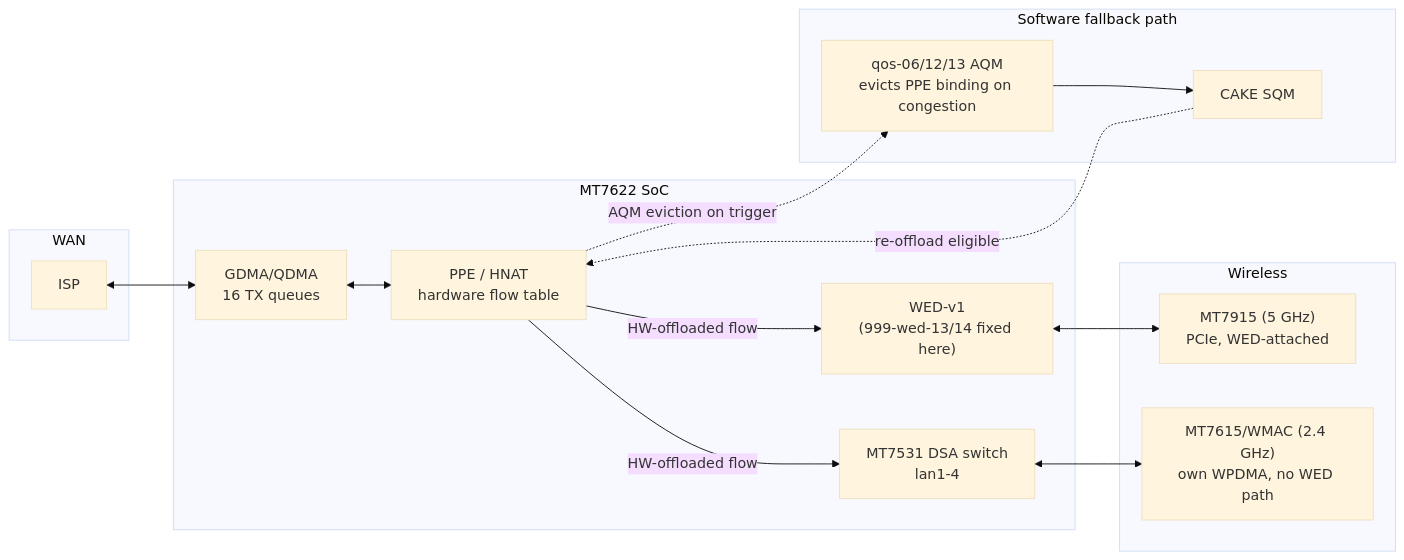
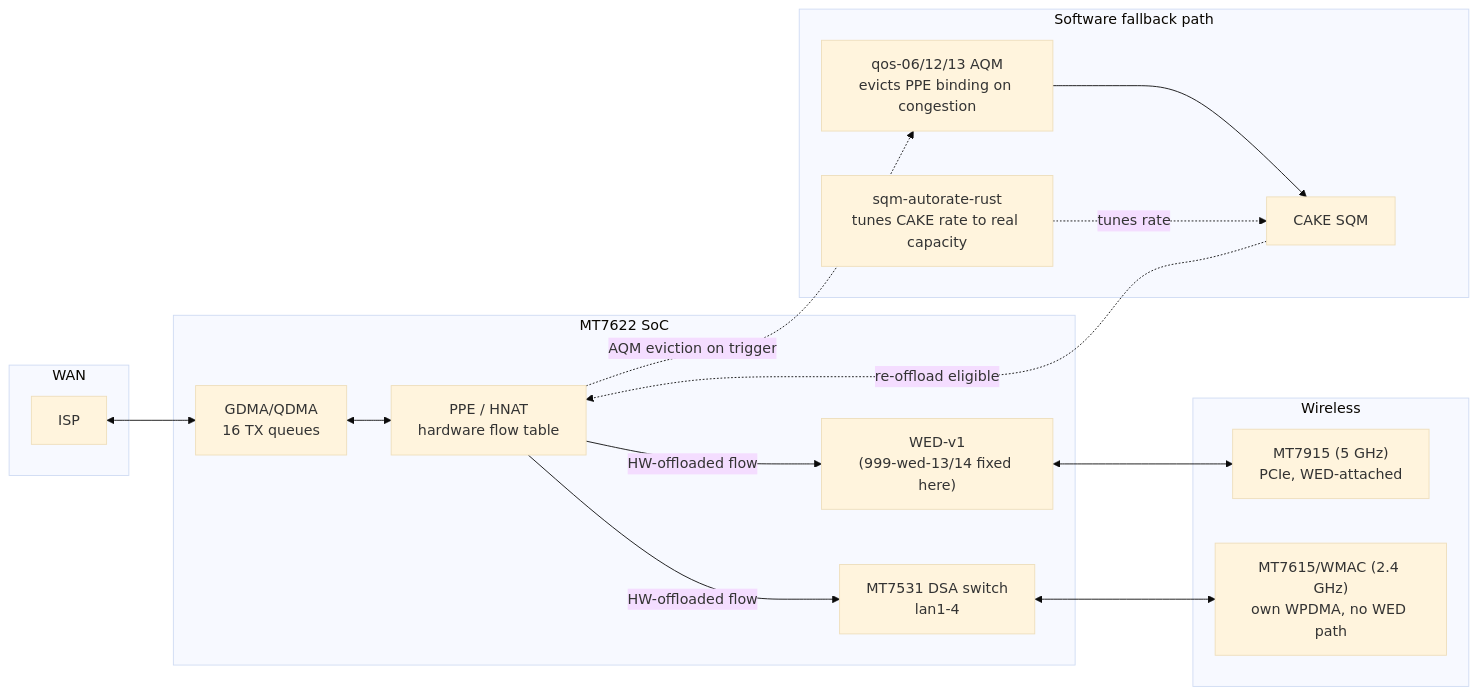
One commit to pattyboi/openwrt changed the diagram in docs/README.md. Above: the diagram before and after it, drawn with Mermaid (base theme). The commit also changed other lines of this file, not shown here.

````diff
--- a/docs/README.md
+++ b/docs/README.md
@@ -49,30 +61,32 @@
 ```mermaid
 flowchart LR
     subgraph WAN["WAN"]
         ISP[ISP]
     end
     subgraph SoC["MT7622 SoC"]
         GDMA[GDMA/QDMA<br/>16 TX queues]
         PPE[PPE / HNAT<br/>hardware flow table]
         WED["WED-v1<br/>(999-wed-13/14 fixed here)"]
         DSA["MT7531 DSA switch<br/>lan1-4"]
     end
     subgraph Wireless["Wireless"]
         MT7915["MT7915 (5 GHz)<br/>PCIe, WED-attached"]
         MT7615["MT7615/WMAC (2.4 GHz)<br/>own WPDMA, no WED path"]
     end
     subgraph Soft["Software fallback path"]
         CAKE[CAKE SQM]
         AQM["qos-06/12/13 AQM<br/>evicts PPE binding on congestion"]
+        AUTORATE["sqm-autorate-rust<br/>tunes CAKE rate to real capacity"]
     end
 
     ISP <--> GDMA
     GDMA <--> PPE
     PPE -- "HW-offloaded flow" --> WED
     PPE -- "HW-offloaded flow" --> DSA
     WED <--> MT7915
     DSA <--> MT7615
     PPE -. "AQM eviction on trigger" .-> AQM
     AQM --> CAKE
+    AUTORATE -. "tunes rate" .-> CAKE
     CAKE -. "re-offload eligible" .-> PPE
 ```
````
